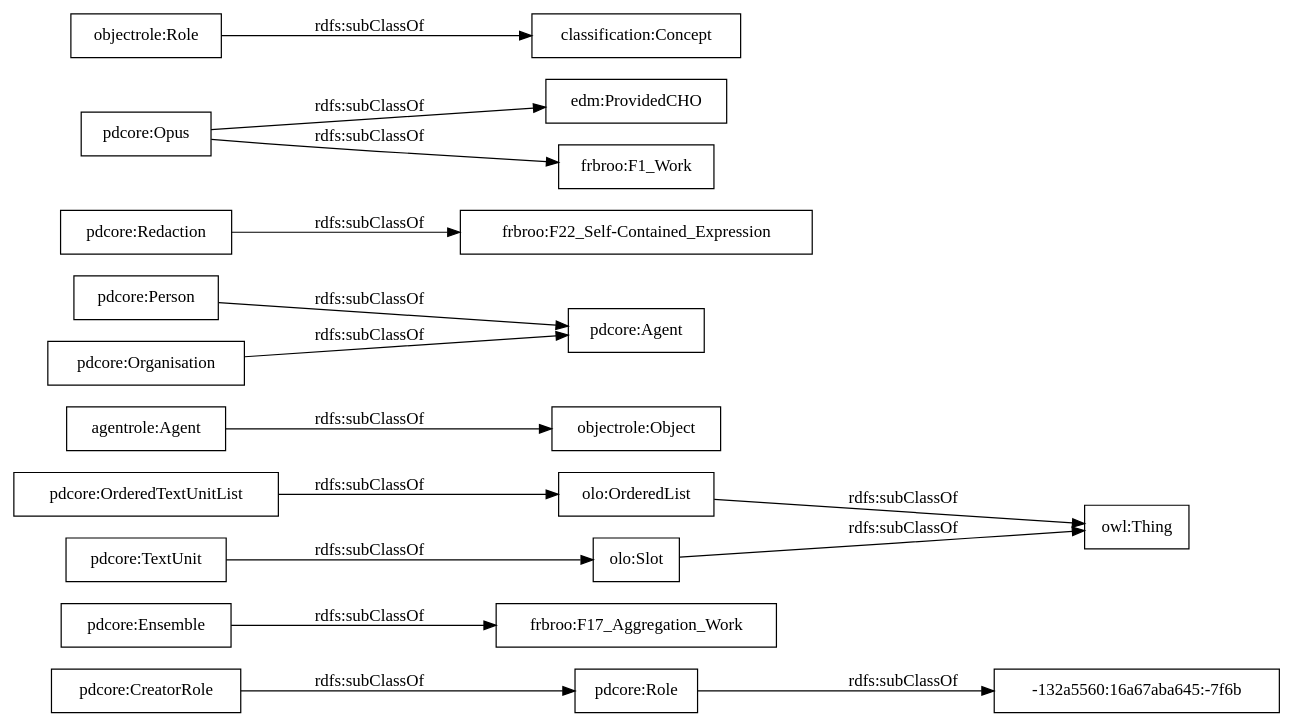
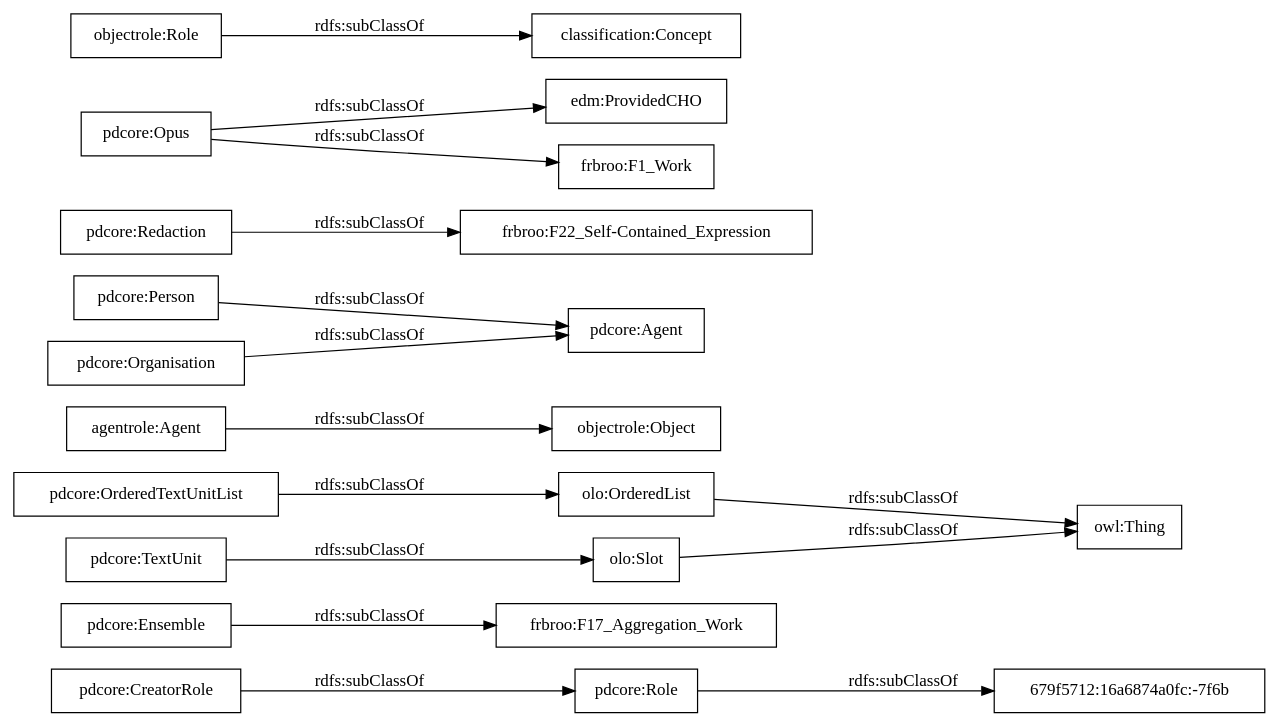
Before and after one commit to linhd-postdata/core-ontology: the diagram in OnToology/postdata-core.owl/diagrams/ar2dtool-taxonomy/postdata-core.owl.png.dot, drawn with Graphviz. The commit also changed 10 other files, not shown here.

```diff
--- a/OnToology/postdata-core.owl/diagrams/ar2dtool-taxonomy/postdata-core.owl.png.dot
+++ b/OnToology/postdata-core.owl/diagrams/ar2dtool-taxonomy/postdata-core.owl.png.dot
@@ -1,20 +1,20 @@
 digraph ar2dtool_diagram { 
 rankdir=LR;
 size="1000"
-node [shape = rectangle, color="black"]; "pdcore:Role" "frbroo:F17_Aggregation_Work" "pdcore:OrderedTextUnitList" "agentrole:Agent" "pdcore:Agent" "pdcore:CreatorRole" "pdcore:Person" "pdcore:Organisation" "pdcore:Redaction" "pdcore:Ensemble" "frbroo:F22_Self-Contained_Expression" "pdcore:TextUnit" "-132a5560:16a67aba645:-7f6b" "edm:ProvidedCHO" "pdcore:Opus" "frbroo:F1_Work" "owl:Thing" "objectrole:Role" "objectrole:Object" "olo:Slot" "olo:OrderedList" "classification:Concept" ; /*classes style*/
+node [shape = rectangle, color="black"]; "pdcore:Role" "frbroo:F17_Aggregation_Work" "pdcore:OrderedTextUnitList" "agentrole:Agent" "pdcore:Agent" "pdcore:CreatorRole" "pdcore:Person" "pdcore:Organisation" "pdcore:Redaction" "pdcore:Ensemble" "frbroo:F22_Self-Contained_Expression" "pdcore:TextUnit" "679f5712:16a6874a0fc:-7f6b" "edm:ProvidedCHO" "pdcore:Opus" "frbroo:F1_Work" "owl:Thing" "objectrole:Role" "objectrole:Object" "olo:Slot" "olo:OrderedList" "classification:Concept" ; /*classes style*/
 	"pdcore:Redaction" -> "frbroo:F22_Self-Contained_Expression" [ label = "rdfs:subClassOf" ];
-	"pdcore:Role" -> "-132a5560:16a67aba645:-7f6b" [ label = "rdfs:subClassOf" ];
+	"pdcore:Role" -> "679f5712:16a6874a0fc:-7f6b" [ label = "rdfs:subClassOf" ];
 	"pdcore:Opus" -> "frbroo:F1_Work" [ label = "rdfs:subClassOf" ];
 	"pdcore:Opus" -> "edm:ProvidedCHO" [ label = "rdfs:subClassOf" ];
 	"pdcore:Person" -> "pdcore:Agent" [ label = "rdfs:subClassOf" ];
 	"olo:OrderedList" -> "owl:Thing" [ label = "rdfs:subClassOf" ];
 	"olo:Slot" -> "owl:Thing" [ label = "rdfs:subClassOf" ];
 	"pdcore:TextUnit" -> "olo:Slot" [ label = "rdfs:subClassOf" ];
 	"agentrole:Agent" -> "objectrole:Object" [ label = "rdfs:subClassOf" ];
 	"pdcore:Ensemble" -> "frbroo:F17_Aggregation_Work" [ label = "rdfs:subClassOf" ];
 	"pdcore:OrderedTextUnitList" -> "olo:OrderedList" [ label = "rdfs:subClassOf" ];
 	"objectrole:Role" -> "classification:Concept" [ label = "rdfs:subClassOf" ];
 	"pdcore:Organisation" -> "pdcore:Agent" [ label = "rdfs:subClassOf" ];
 	"pdcore:CreatorRole" -> "pdcore:Role" [ label = "rdfs:subClassOf" ];
 
 }
```
